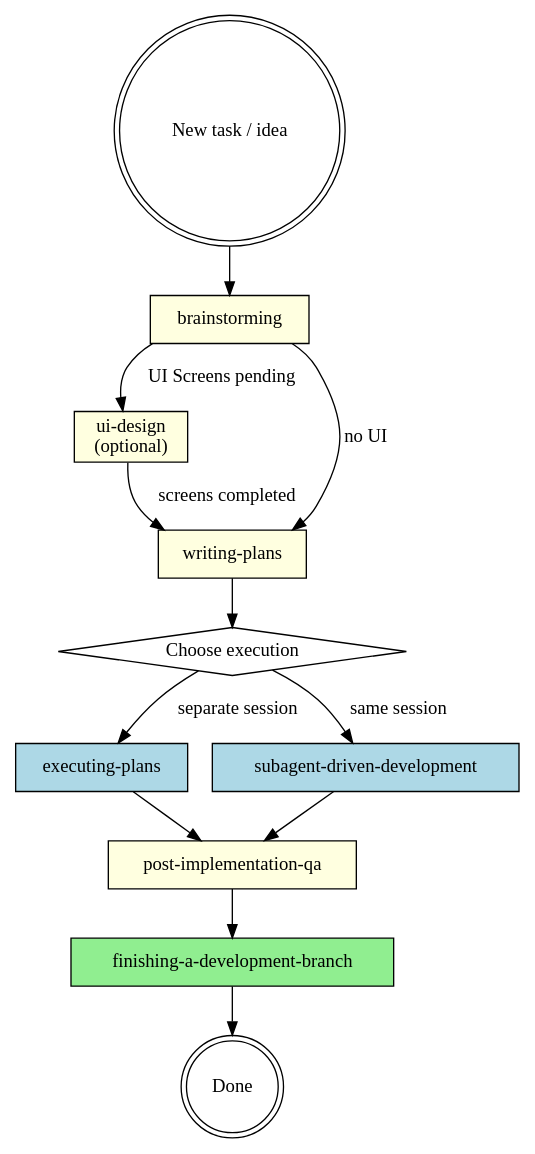
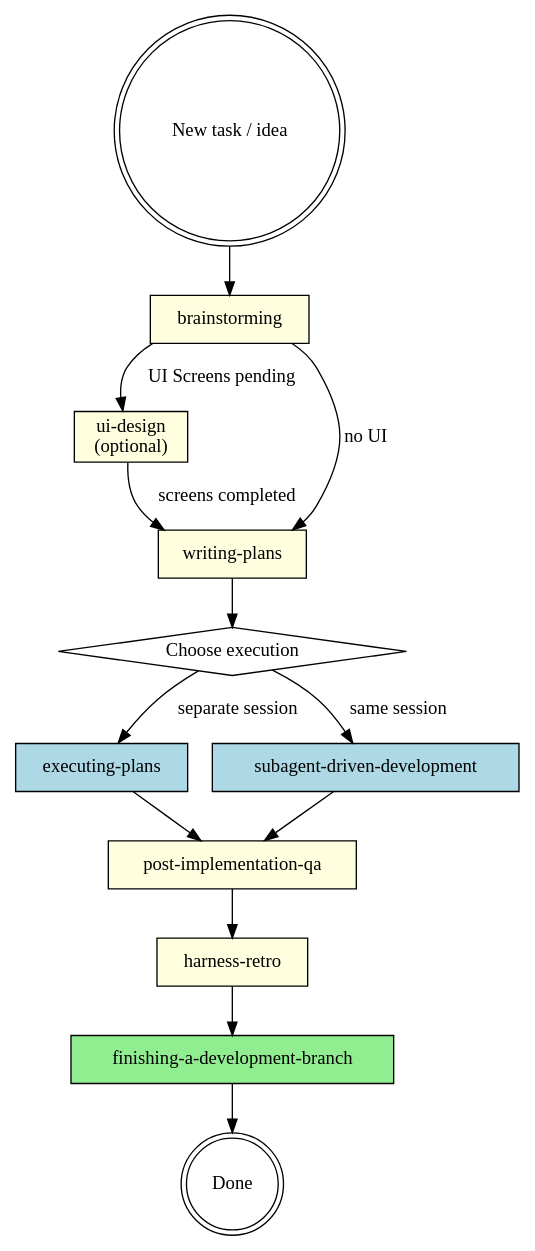
One commit to Kodria/agentic-workflow changed the diagram in registry/skills/development-process/SKILL.md. Above: the diagram before and after it, drawn with Graphviz. The commit also changed other lines of this file and 1 other file, not shown here.

Commit message:
feat(development-process): harness-retro as terminal phase before finishing (B-3 #4)

````diff
--- a/registry/skills/development-process/SKILL.md
+++ b/registry/skills/development-process/SKILL.md
@@ -17,28 +17,30 @@
 ```dot
 digraph lifecycle {
     rankdir=TB;
 
     "New task / idea" [shape=doublecircle];
     "brainstorming" [shape=box, style=filled, fillcolor=lightyellow];
     "ui-design" [shape=box, style=filled, fillcolor=lightyellow, label="ui-design\n(optional)"];
     "writing-plans" [shape=box, style=filled, fillcolor=lightyellow];
     "Choose execution" [shape=diamond];
     "executing-plans" [shape=box, style=filled, fillcolor=lightblue];
     "subagent-driven-development" [shape=box, style=filled, fillcolor=lightblue];
-    "finishing-a-development-branch" [shape=box, style=filled, fillcolor=lightgreen];
     "Done" [shape=doublecircle];
 
     "New task / idea" -> "brainstorming";
     "brainstorming" -> "ui-design" [label="UI Screens pending"];
     "brainstorming" -> "writing-plans" [label="no UI"];
     "ui-design" -> "writing-plans" [label="screens completed"];
     "writing-plans" -> "Choose execution";
     "Choose execution" -> "executing-plans" [label="separate session"];
     "Choose execution" -> "subagent-driven-development" [label="same session"];
     "post-implementation-qa" [shape=box, style=filled, fillcolor=lightyellow, label="post-implementation-qa"];
+    "harness-retro" [shape=box, style=filled, fillcolor=lightyellow, label="harness-retro"];
+    "finishing-a-development-branch" [shape=box, style=filled, fillcolor=lightgreen];
     "executing-plans" -> "post-implementation-qa";
     "subagent-driven-development" -> "post-implementation-qa";
-    "post-implementation-qa" -> "finishing-a-development-branch";
+    "post-implementation-qa" -> "harness-retro";
+    "harness-retro" -> "finishing-a-development-branch";
     "finishing-a-development-branch" -> "Done";
 }
 ```
````
